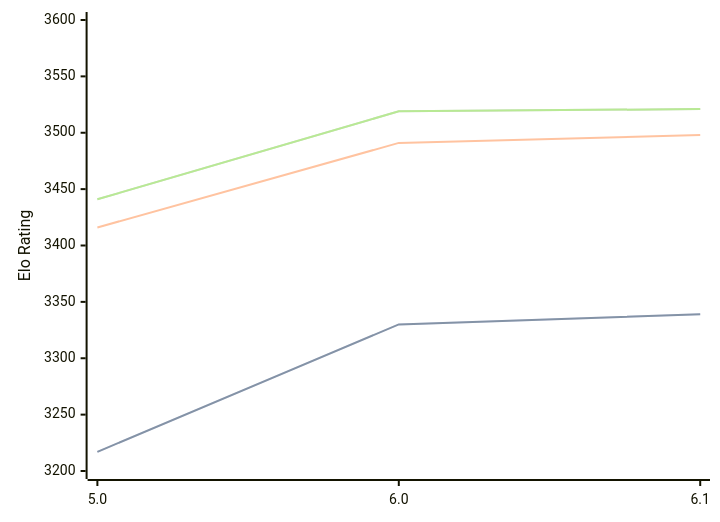
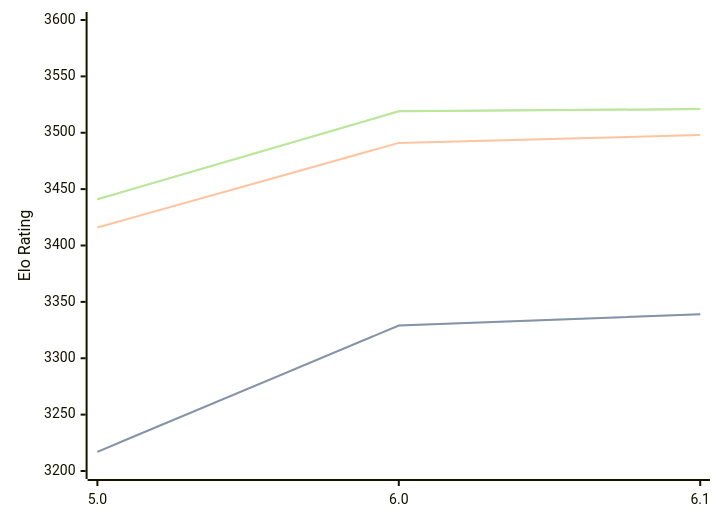
One commit to computer-chess-index/cci changed the diagram in engines/Starzix.md. Above: the diagram before and after it, drawn with Mermaid. The commit also changed other lines of this file, not shown here.

````diff
--- a/engines/Starzix.md
+++ b/engines/Starzix.md
@@ -33,11 +33,11 @@
 ```mermaid
 %%{init: {"theme":"base","themeVariables":{"seriesColors:['#a3a3a3','#222221','#faa371']}}}%%
 xychart-beta
   x-axis ["5.0", "6.0", "6.1"]
   y-axis "Elo Rating" 3200 --> 3600
-  line "" [3217, 3330, 3339]
-  line "STC (8.0+0.08s)" [3217, 3330, 3339]
+  line "" [3217, 3329, 3339]
+  line "STC (8.0+0.08s)" [3217, 3329, 3339]
   line "LTC (60.0+0.60s)" [3416, 3491, 3498]
   line "" [3441, 3519, 3521]
   line "VLTC (2m24s+1.12s)" [3441, 3519, 3521]
 ```
````
